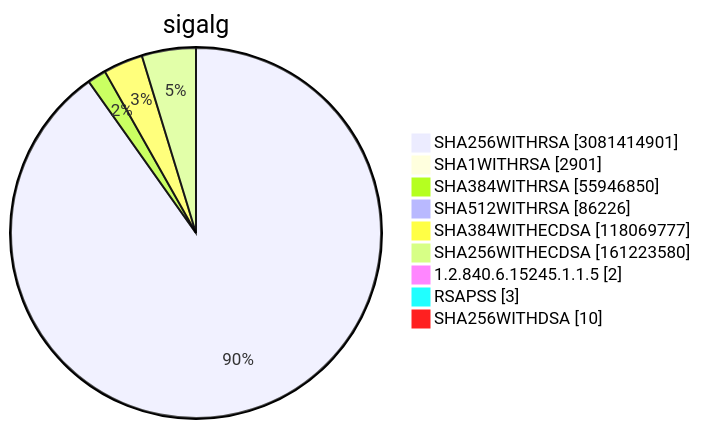
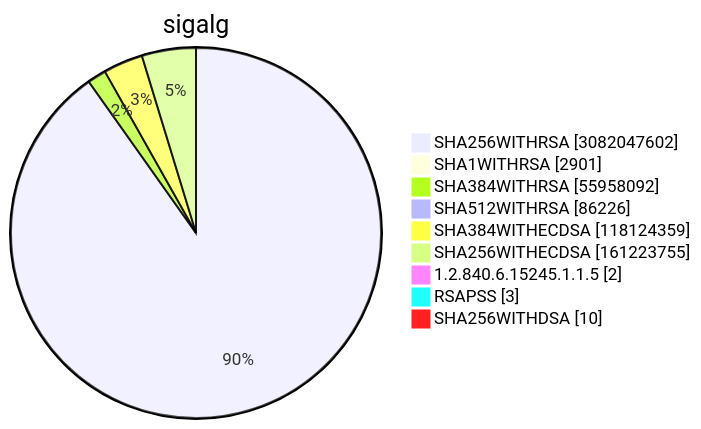
Before and after one commit to christiankrug/ctmonitor_visualization: diagram 15 of 15 in TOTAL/README.md, drawn with Mermaid. The commit also changed other lines of this file, not shown here.

````diff
--- a/TOTAL/README.md
+++ b/TOTAL/README.md
@@ -6209,13 +6209,13 @@
 ```mermaid
 pie showData
 title sigalg
-"SHA256WITHRSA" :3081414901
+"SHA256WITHRSA" :3082047602
 "SHA1WITHRSA" :2901
-"SHA384WITHRSA" :55946850
+"SHA384WITHRSA" :55958092
 "SHA512WITHRSA" :86226
-"SHA384WITHECDSA" :118069777
-"SHA256WITHECDSA" :161223580
+"SHA384WITHECDSA" :118124359
+"SHA256WITHECDSA" :161223755
 "1.2.840.6.15245.1.1.5" :2
 "RSAPSS" :3
 "SHA256WITHDSA" :10
 ```
````
